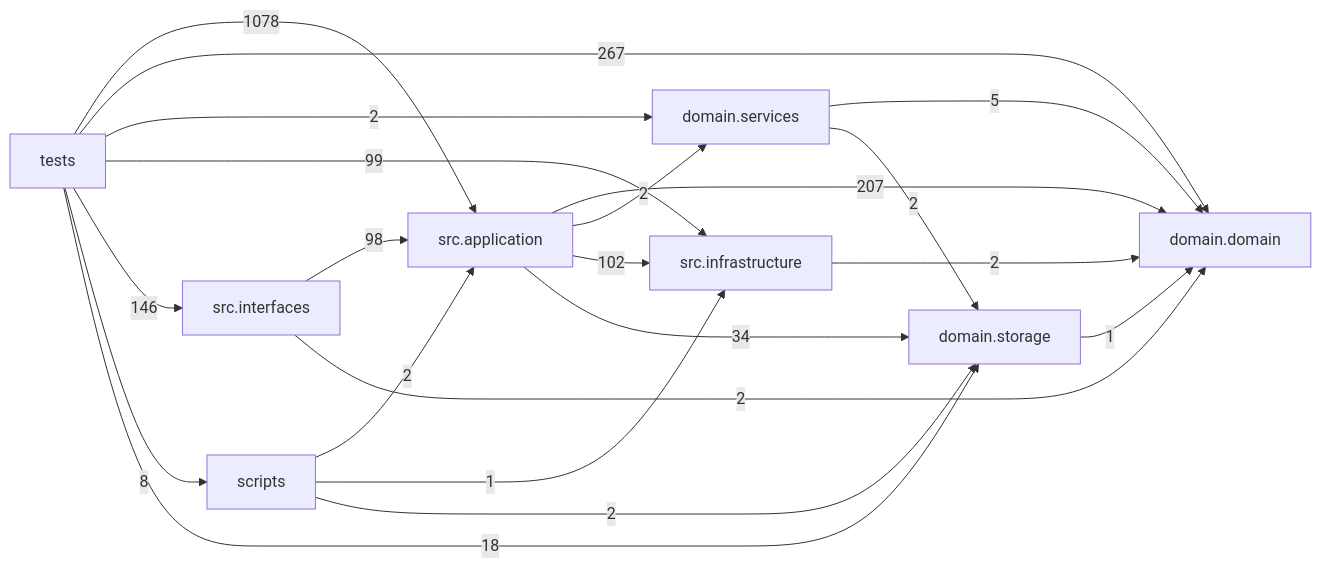
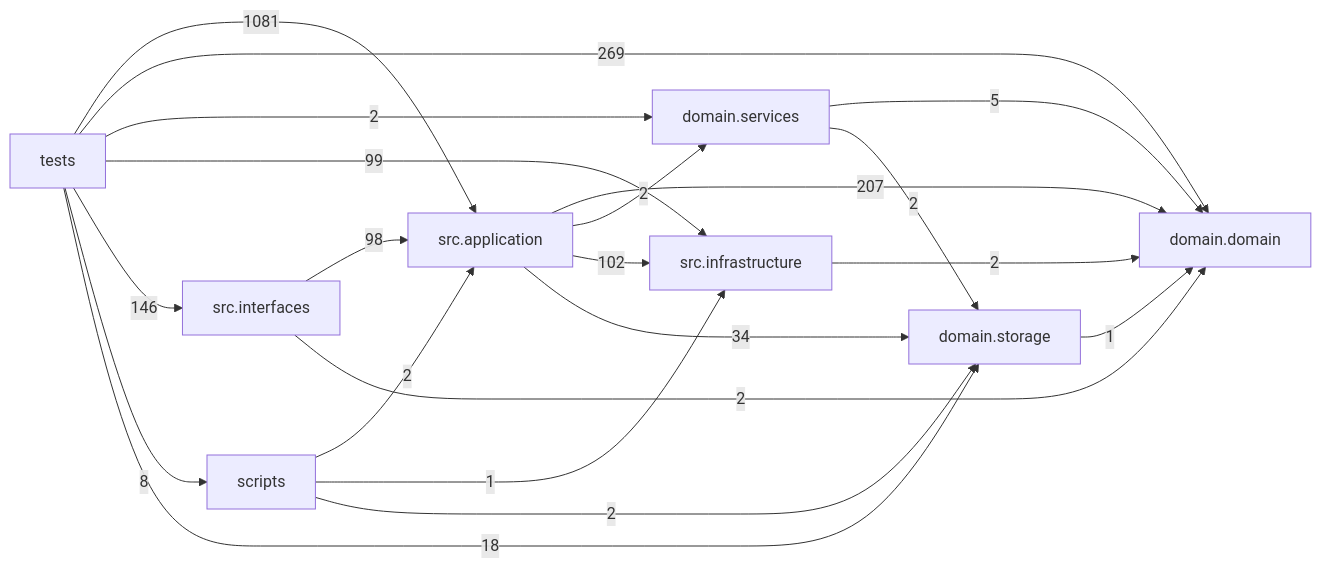
The diagram in docs/DEPENDENCY_GRAPH.md (liuxie066/options-monitor), drawn with Mermaid before and after one commit. The commit also changed other lines of this file and 13 other files, not shown here.

````diff
--- a/docs/DEPENDENCY_GRAPH.md
+++ b/docs/DEPENDENCY_GRAPH.md
@@ -24,31 +24,31 @@
 ```mermaid
 flowchart LR
   tests["tests"]
   scripts["scripts"]
   interfaces["src.interfaces"]
   application["src.application"]
   infrastructure["src.infrastructure"]
   domain_services["domain.services"]
   domain["domain.domain"]
   storage["domain.storage"]
   application -->|207| domain
   application -->|2| domain_services
   application -->|102| infrastructure
   application -->|34| storage
   domain_services -->|5| domain
   domain_services -->|2| storage
   infrastructure -->|2| domain
   interfaces -->|98| application
   interfaces -->|2| domain
   scripts -->|2| application
   scripts -->|1| infrastructure
   scripts -->|2| storage
   storage -->|1| domain
-  tests -->|1078| application
-  tests -->|267| domain
+  tests -->|1081| application
+  tests -->|269| domain
   tests -->|2| domain_services
   tests -->|99| infrastructure
   tests -->|146| interfaces
   tests -->|8| scripts
   tests -->|18| storage
 ```
````
